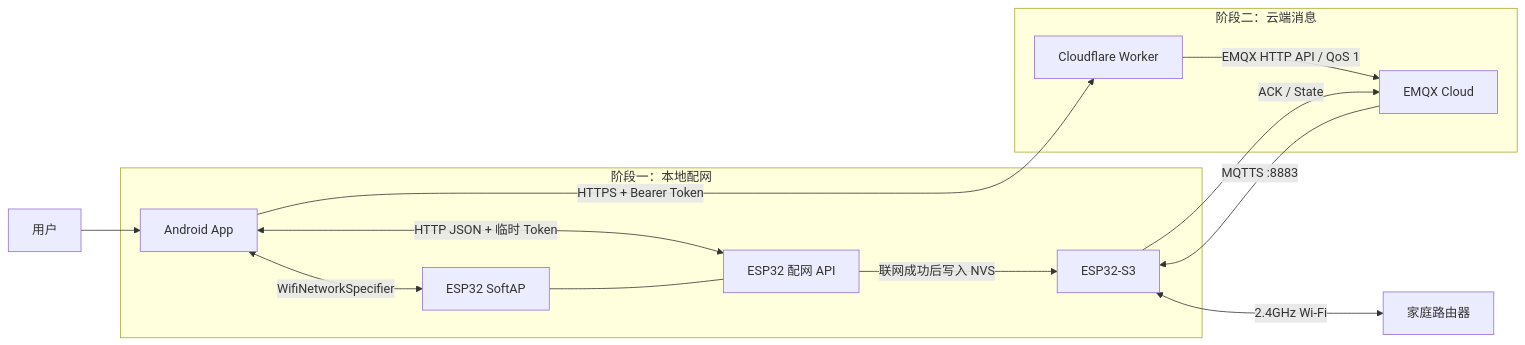
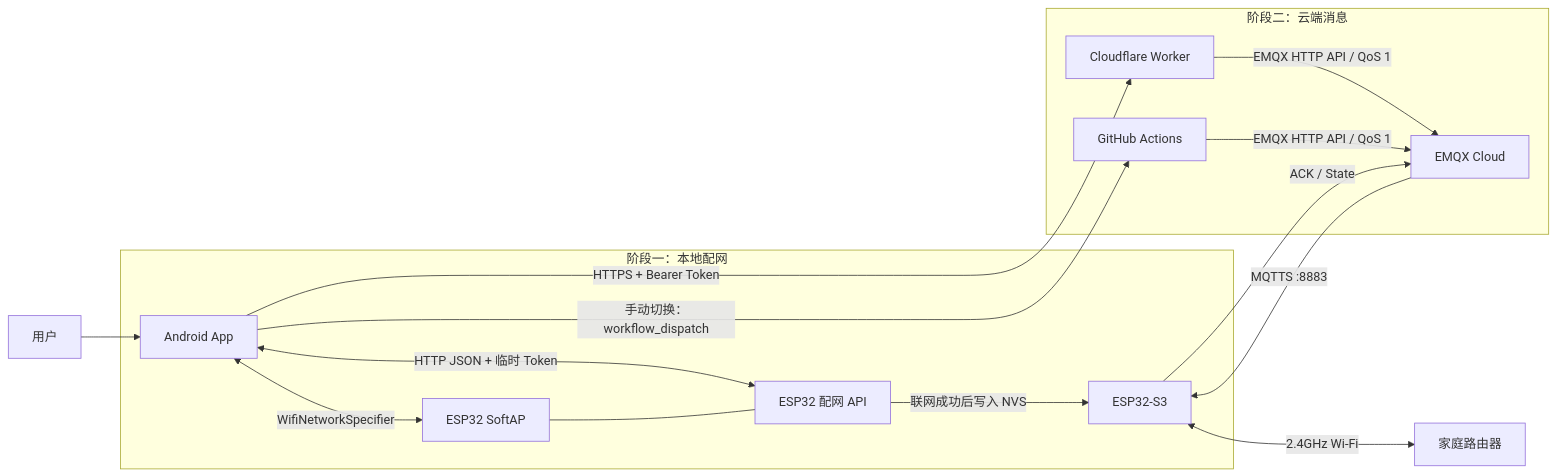
The first of 3 diagrams in README.md (sRect/esp32), drawn with Mermaid before and after one commit. The commit also changed other lines of this file, not shown here.

First line of the commit message:
docs: Document GitHub Actions message delivery

````diff
--- a/README.md
+++ b/README.md
@@ -125,20 +131,22 @@
 ```mermaid
 flowchart LR
     U["用户"] --> A["Android App"]
 
     subgraph Local["阶段一：本地配网"]
         A <-->|"WifiNetworkSpecifier"| AP["ESP32 SoftAP"]
         A <-->|"HTTP JSON + 临时 Token"| API["ESP32 配网 API"]
         AP --- API
         API -->|"联网成功后写入 NVS"| ESP["ESP32-S3"]
     end
 
     ESP <-->|"2.4GHz Wi-Fi"| R["家庭路由器"]
 
     subgraph Cloud["阶段二：云端消息"]
         A -->|"HTTPS + Bearer Token"| W["Cloudflare Worker"]
+        A -->|"手动切换：workflow_dispatch"| G["GitHub Actions"]
         W -->|"EMQX HTTP API / QoS 1"| M["EMQX Cloud"]
+        G -->|"EMQX HTTP API / QoS 1"| M
         M -->|"MQTTS :8883"| ESP
         ESP -->|"ACK / State"| M
     end
 ```
````
